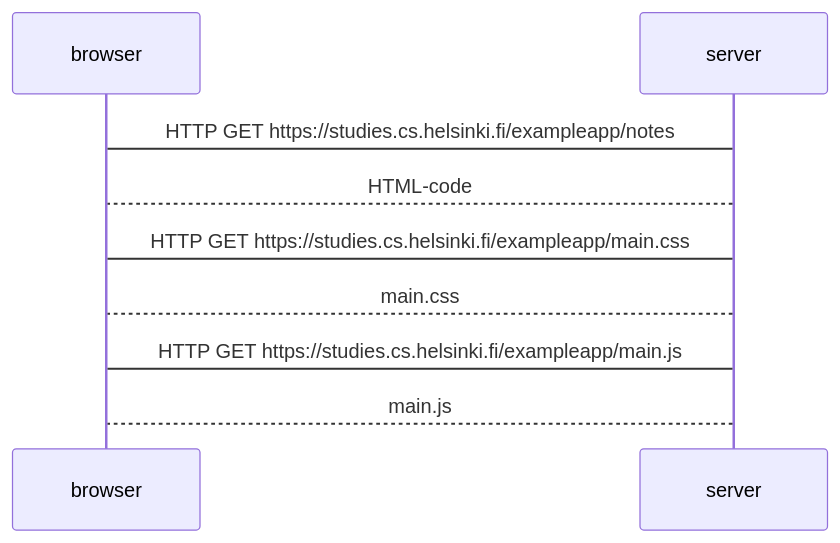
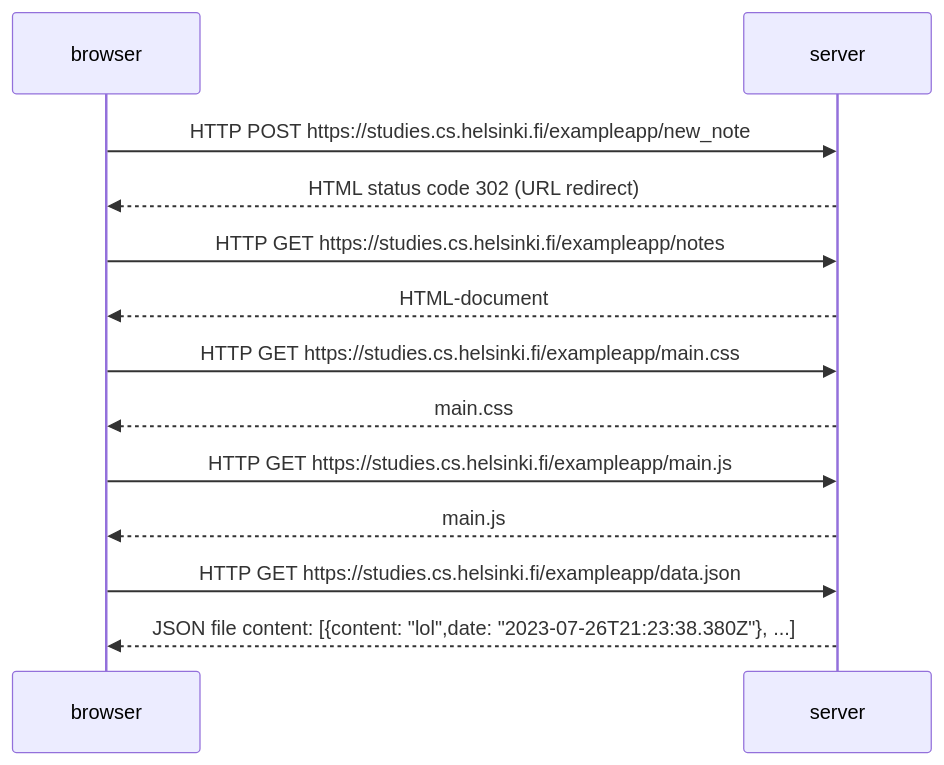
One commit to rliu6915/ToyProjects changed the diagram in part0/0.4 new note.md. Above: the diagram before and after it, drawn with Mermaid.

Commit message:
Update 0.4 new note.md

````diff
--- a/part0/0.4 new note.md
+++ b/part0/0.4 new note.md
@@ -1,9 +1,16 @@
 ```mermaid
 sequenceDiagram
-    browser->server: HTTP GET https://studies.cs.helsinki.fi/exampleapp/notes
-    server-->browser: HTML-code
-    browser->server: HTTP GET https://studies.cs.helsinki.fi/exampleapp/main.css
-    server-->browser: main.css
-    browser->server: HTTP GET https://studies.cs.helsinki.fi/exampleapp/main.js
-    server-->browser: main.js
+    participant browser
+    participant server
+    browser->>server: HTTP POST https://studies.cs.helsinki.fi/exampleapp/new_note
+
+    server-->>browser: HTML status code 302 (URL redirect)
+    browser->>server: HTTP GET https://studies.cs.helsinki.fi/exampleapp/notes
+    server-->>browser: HTML-document
+    browser->>server: HTTP GET https://studies.cs.helsinki.fi/exampleapp/main.css
+    server-->>browser: main.css
+    browser->>server: HTTP GET https://studies.cs.helsinki.fi/exampleapp/main.js
+    server-->>browser: main.js
+    browser->>server: HTTP GET https://studies.cs.helsinki.fi/exampleapp/data.json
+    server-->>browser: JSON file content: [{content: "lol",date: "2023-07-26T21:23:38.380Z"}, ...]
 ```
````
